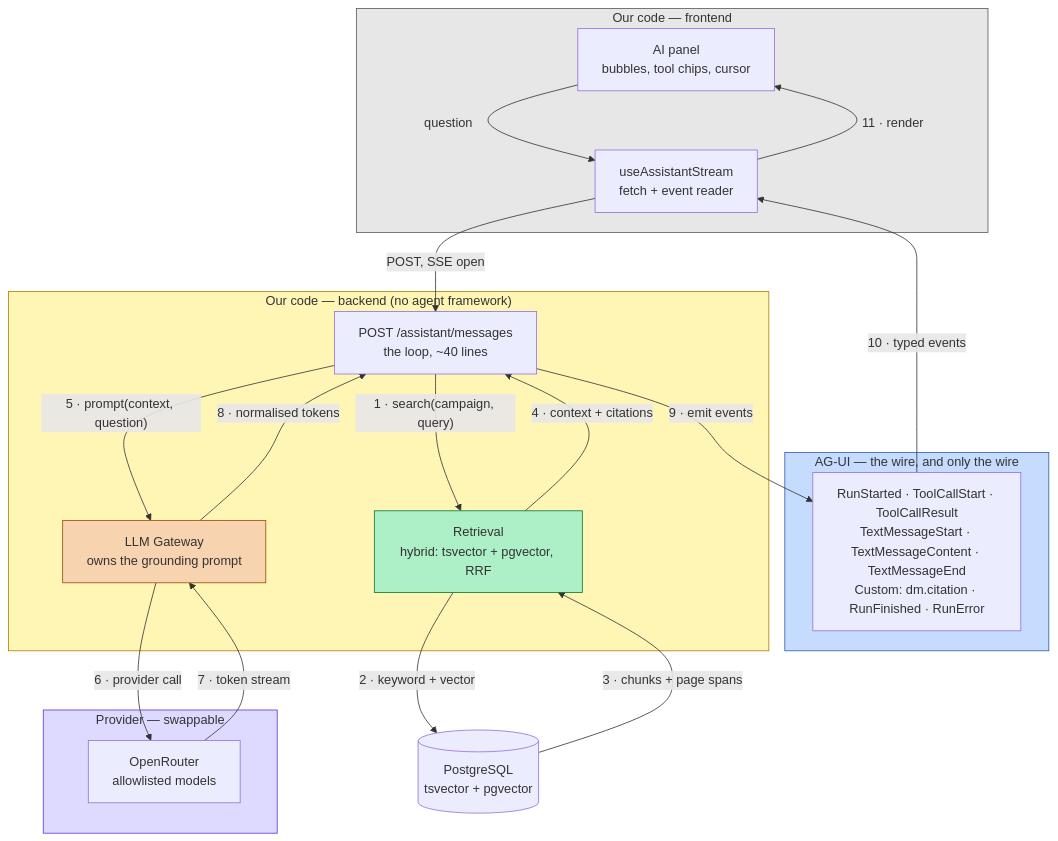
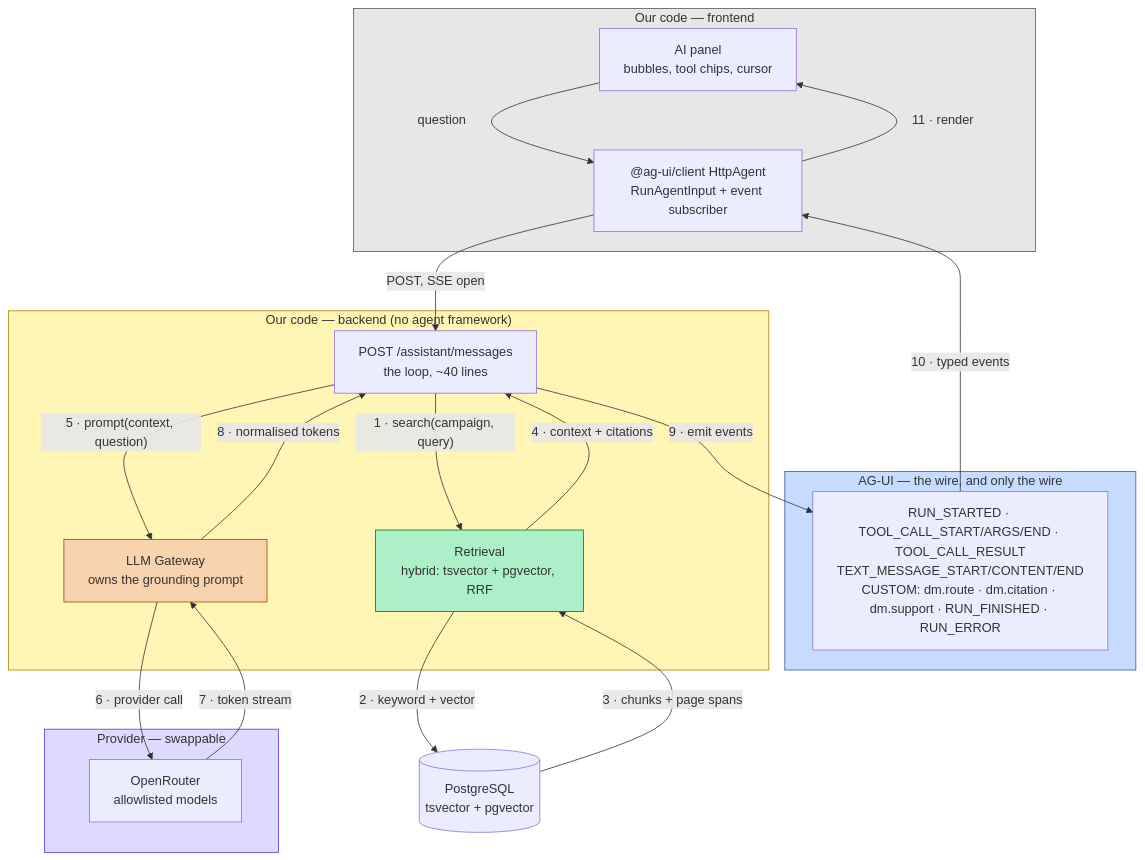
One commit to PiotrMieszczak/Quillbert changed the fourth of 4 diagrams in docs/architecture.md. Above: the diagram before and after it, drawn with Mermaid. The commit also changed other lines of this file and 16 other files, not shown here.

````diff
--- a/docs/architecture.md
+++ b/docs/architecture.md
@@ -203,44 +208,44 @@
 ```mermaid
 flowchart TB
     subgraph OURS_FE["Our code — frontend"]
         UI["AI panel<br/>bubbles, tool chips, cursor"]
-        HOOK["useAssistantStream<br/>fetch + event reader"]
+        HOOK["@ag-ui/client HttpAgent<br/>RunAgentInput + event subscriber"]
     end
 
     subgraph PROTO["AG-UI — the wire, and only the wire"]
-        EV["RunStarted · ToolCallStart · ToolCallResult<br/>TextMessageStart · TextMessageContent · TextMessageEnd<br/>Custom: dm.citation · RunFinished · RunError"]
+        EV["RUN_STARTED · TOOL_CALL_START/ARGS/END · TOOL_CALL_RESULT<br/>TEXT_MESSAGE_START/CONTENT/END<br/>CUSTOM: dm.route · dm.citation · dm.support · RUN_FINISHED · RUN_ERROR"]
     end
 
     subgraph OURS_BE["Our code — backend (no agent framework)"]
         EP["POST /assistant/messages<br/>the loop, ~40 lines"]
         RET["Retrieval<br/>hybrid: tsvector + pgvector, RRF"]
         GW["LLM Gateway<br/>owns the grounding prompt"]
     end
 
     subgraph EXT["Provider — swappable"]
         PROV["OpenRouter<br/>allowlisted models"]
     end
 
     DB[("PostgreSQL<br/>tsvector + pgvector")]
 
     UI -->|"question"| HOOK
     HOOK -->|"POST, SSE open"| EP
     EP -->|"1 · search(campaign, query)"| RET
     RET -->|"2 · keyword + vector"| DB
     DB -->|"3 · chunks + page spans"| RET
     RET -->|"4 · context + citations"| EP
     EP -->|"5 · prompt(context, question)"| GW
     GW -->|"6 · provider call"| PROV
     PROV -->|"7 · token stream"| GW
     GW -->|"8 · normalised tokens"| EP
     EP -->|"9 · emit events"| EV
     EV -->|"10 · typed events"| HOOK
     HOOK -->|"11 · render"| UI
 
     style PROTO fill:#c6dcff,stroke:#305bab
     style OURS_BE fill:#fff6b6,stroke:#af7e02
     style OURS_FE fill:#e7e7e7,stroke:#595959
     style EXT fill:#dedaff,stroke:#6631d7
     style GW fill:#f8d3af,stroke:#9b4a07
     style RET fill:#adf0c7,stroke:#087429
 ```
````
